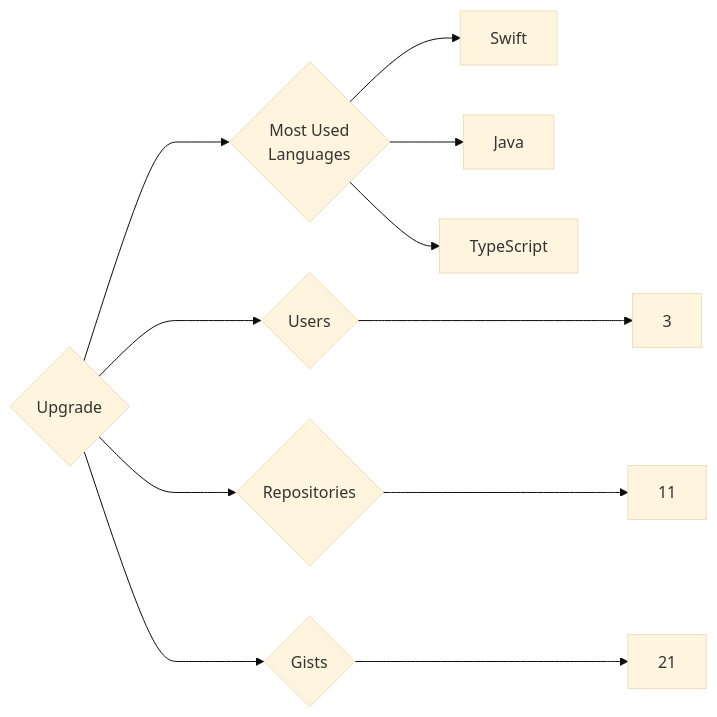
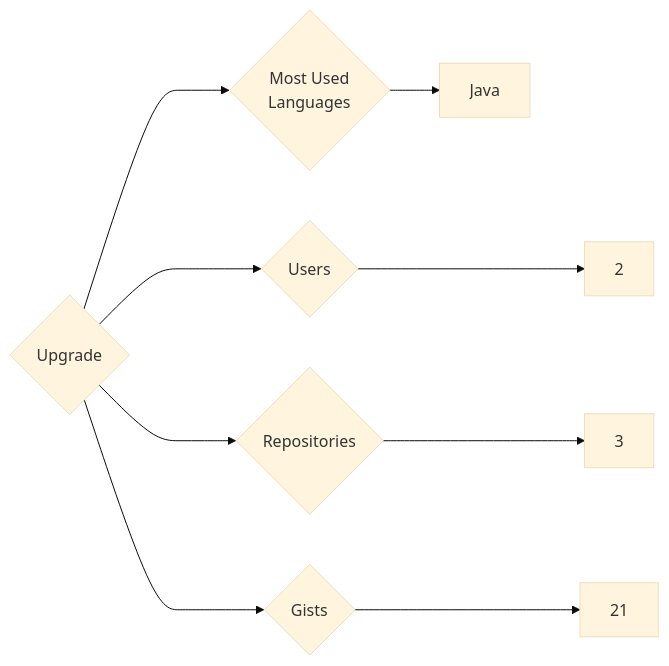
Before and after one commit to trickest/insiders: the diagram in targets/Upgrade/README.md, drawn with Mermaid (base theme). The commit also changed 725 other files, not shown here.

````diff
--- a/targets/Upgrade/README.md
+++ b/targets/Upgrade/README.md
@@ -3,11 +3,9 @@
 ```mermaid
 graph LR
 COMPANY_NAME{Upgrade}
-COMPANY_NAME ---> U{Users} ---> UN[3]
-COMPANY_NAME ---> R{Repositories} ---> RN[11]
+COMPANY_NAME ---> U{Users} ---> UN[2]
+COMPANY_NAME ---> R{Repositories} ---> RN[3]
 COMPANY_NAME ---> G{Gists} ---> GN[21]
 COMPANY_NAME ---> ML{Most Used<br>Languages}
-ML --> Swift[Swift]
 ML --> Java[Java]
-ML --> TypeScript[TypeScript]
 ```
````
